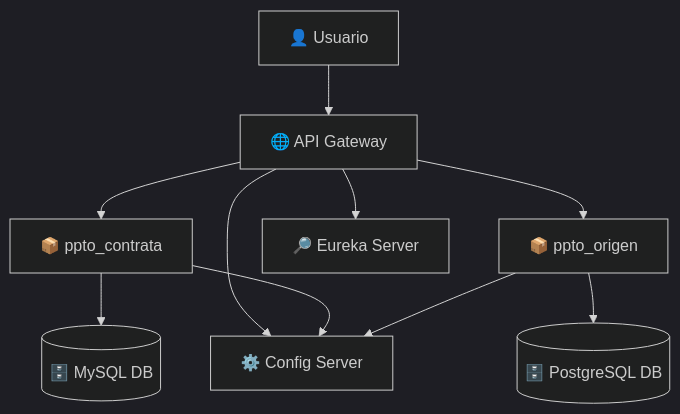
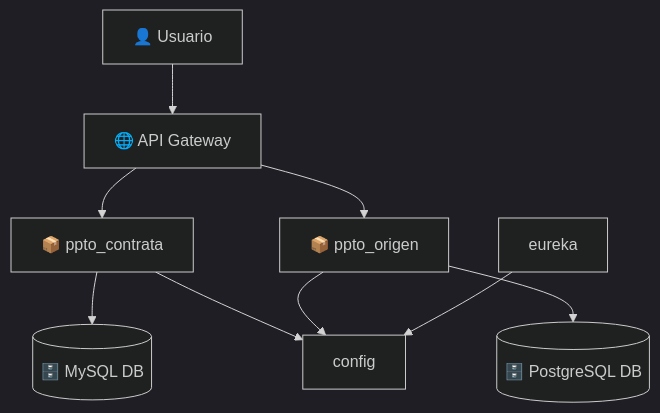
Before and after one commit to wilfredohuarotog/API-Gestion-de-presupuestos: the diagram in README.md, drawn with Mermaid (dark theme).

````diff
--- a/README.md
+++ b/README.md
@@ -24,14 +24,13 @@
 ```mermaid
 graph TD
     user[👤 Usuario] --> gateway[🌐 API Gateway]
 
     gateway --> contrata[📦 ppto_contrata]
     gateway --> origen[📦 ppto_origen]
-    gateway --> eureka[🔎 Eureka Server]
-    gateway --> config[⚙️ Config Server]
 
     contrata --> mysql[(🗄️ MySQL DB)]
     origen --> postgres[(🗄️ PostgreSQL DB)]
     contrata --> config
     origen --> config
+    eureka --> config
 ```
````
